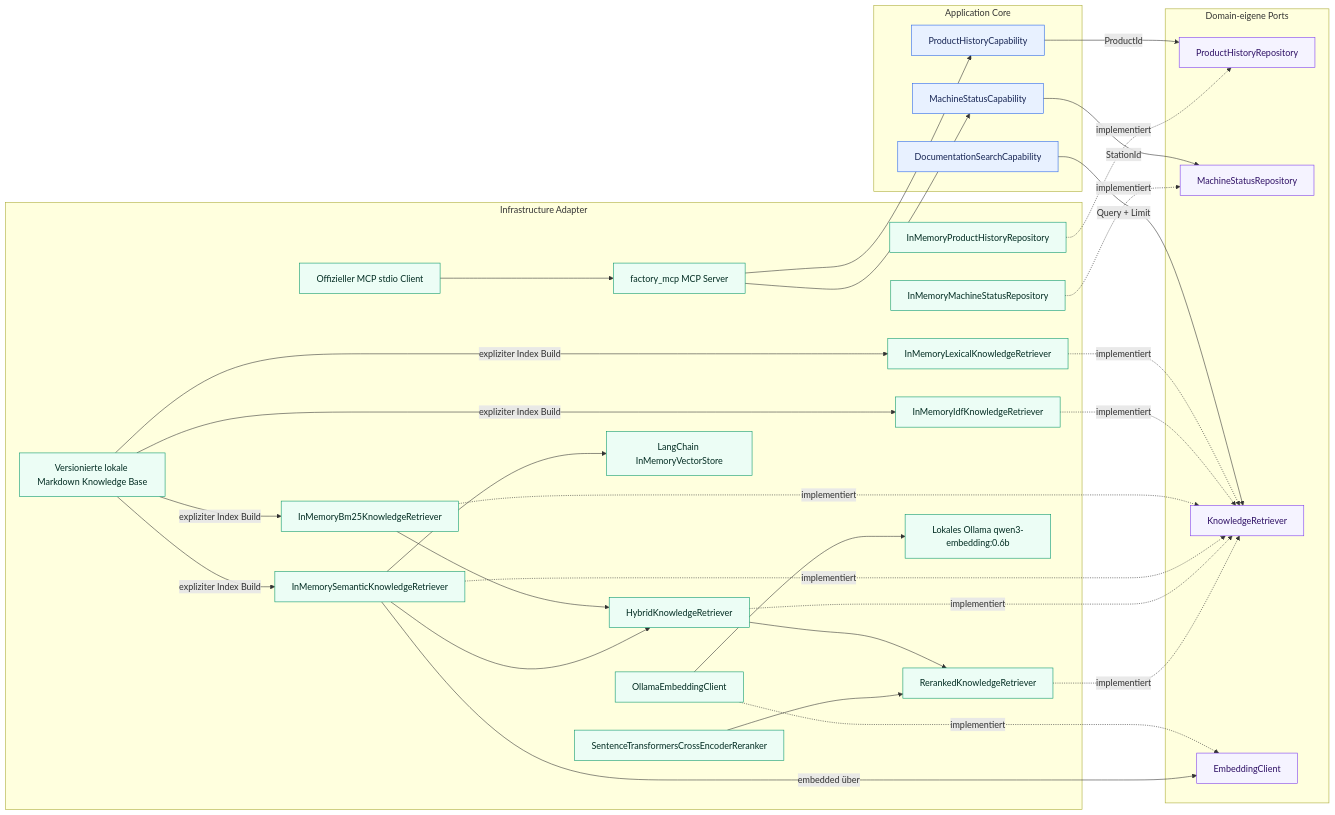
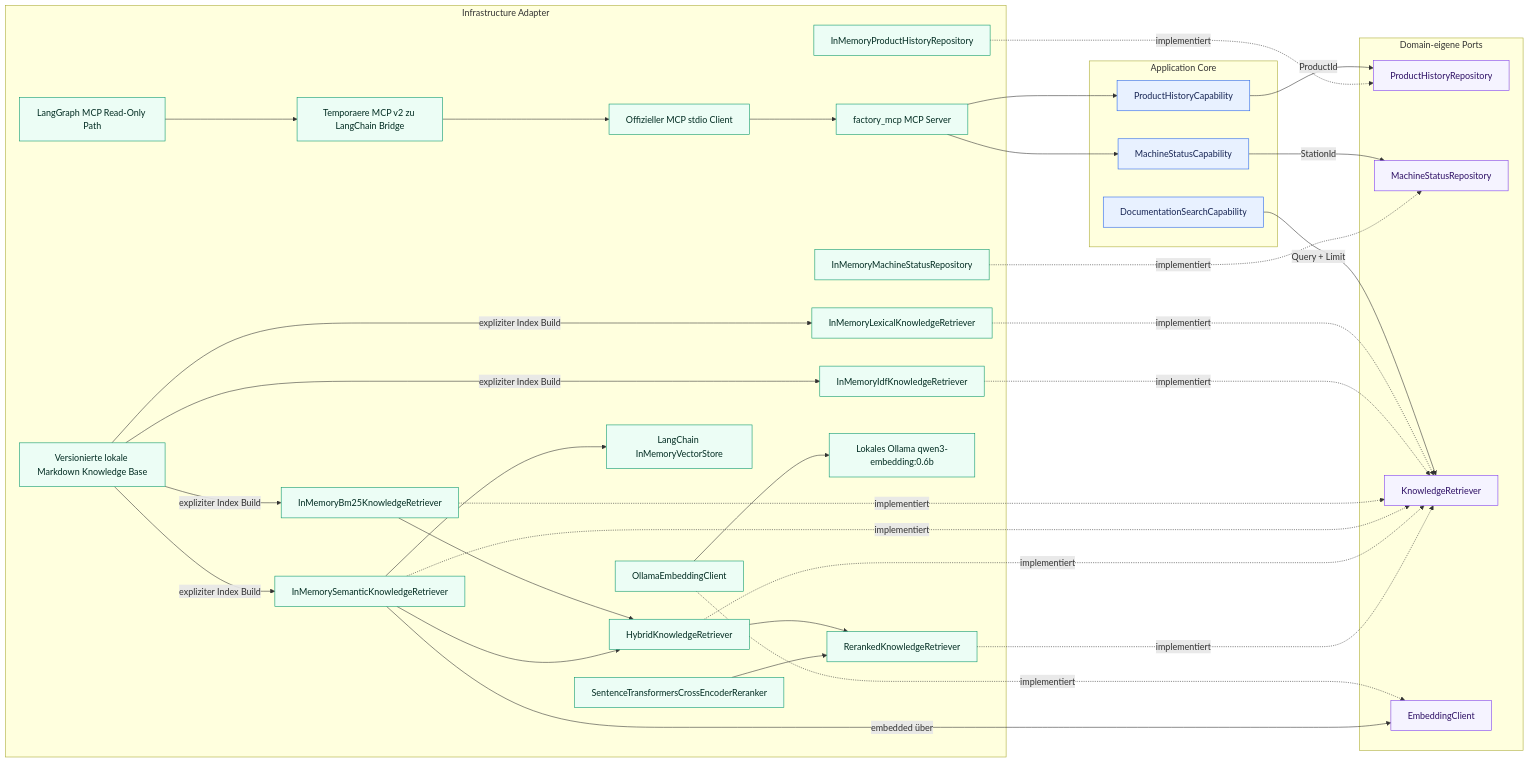
The first of 11 diagrams in docs/architecture/overview.de.md (aboerzel/industrial-ai-agent), drawn with Mermaid before and after one commit. The commit also changed other lines of this file and 13 other files, not shown here.

Commit message:
Integrate MCP tools with LangGraph agent

````diff
--- a/docs/architecture/overview.de.md
+++ b/docs/architecture/overview.de.md
@@ -29,67 +32,71 @@
 ```mermaid
 flowchart LR
     subgraph Core["Application Core"]
         PHC["ProductHistoryCapability"]
         MSC["MachineStatusCapability"]
         DSC["DocumentationSearchCapability"]
     end
 
     subgraph Ports["Domain-eigene Ports"]
         PHR["ProductHistoryRepository"]
         MSR["MachineStatusRepository"]
         KR["KnowledgeRetriever"]
         EP["EmbeddingClient"]
     end
 
     subgraph Infrastructure["Infrastructure Adapter"]
         PHM["InMemoryProductHistoryRepository"]
         MSM["InMemoryMachineStatusRepository"]
         LKR["InMemoryLexicalKnowledgeRetriever"]
         IDF["InMemoryIdfKnowledgeRetriever"]
         BM25["InMemoryBm25KnowledgeRetriever"]
         SEM["InMemorySemanticKnowledgeRetriever"]
         HYB["HybridKnowledgeRetriever"]
         RER["RerankedKnowledgeRetriever"]
         CEP["SentenceTransformersCrossEncoderReranker"]
         OEC["OllamaEmbeddingClient"]
         VEC["LangChain InMemoryVectorStore"]
         KB["Versionierte lokale Markdown Knowledge Base"]
         OLLAMA["Lokales Ollama qwen3-embedding:0.6b"]
         FMCP["factory_mcp MCP Server"]
         MCPCLIENT["Offizieller MCP stdio Client"]
+        MCPBRIDGE["Temporaere MCP v2 zu LangChain Bridge"]
+        LG["LangGraph MCP Read-Only Path"]
     end
 
     PHC -->|"ProductId"| PHR
     MSC -->|"StationId"| MSR
     DSC -->|"Query + Limit"| KR
     PHM -.->|"implementiert"| PHR
     MSM -.->|"implementiert"| MSR
     LKR -.->|"implementiert"| KR
     IDF -.->|"implementiert"| KR
     BM25 -.->|"implementiert"| KR
     SEM -.->|"implementiert"| KR
     HYB -.->|"implementiert"| KR
     RER -.->|"implementiert"| KR
     OEC -.->|"implementiert"| EP
     KB -->|"expliziter Index Build"| LKR
     KB -->|"expliziter Index Build"| IDF
     KB -->|"expliziter Index Build"| BM25
     KB -->|"expliziter Index Build"| SEM
     BM25 --> HYB
     SEM --> HYB
     HYB --> RER
     CEP --> RER
     SEM -->|"embedded über"| EP
     SEM --> VEC
     OEC --> OLLAMA
     FMCP --> PHC
     FMCP --> MSC
     MCPCLIENT --> FMCP
+    LG --> MCPBRIDGE
+    MCPBRIDGE --> MCPCLIENT
 
     classDef core fill:#e8f1ff,stroke:#2563eb,color:#172554
     classDef port fill:#f5f3ff,stroke:#7c3aed,color:#2e1065
     classDef adapter fill:#ecfdf5,stroke:#059669,color:#022c22
     class PHC,MSC,DSC core
     class PHR,MSR,KR,EP port
-    class PHM,MSM,LKR,IDF,BM25,SEM,HYB,RER,CEP,OEC,VEC,KB,OLLAMA,FMCP,MCPCLIENT adapter
+    class PHM,MSM,LKR,IDF,BM25,SEM,HYB,RER,CEP,OEC,VEC,KB,OLLAMA,FMCP,MCPCLIENT,MCPBRIDGE,LG adapter
 ```
````
